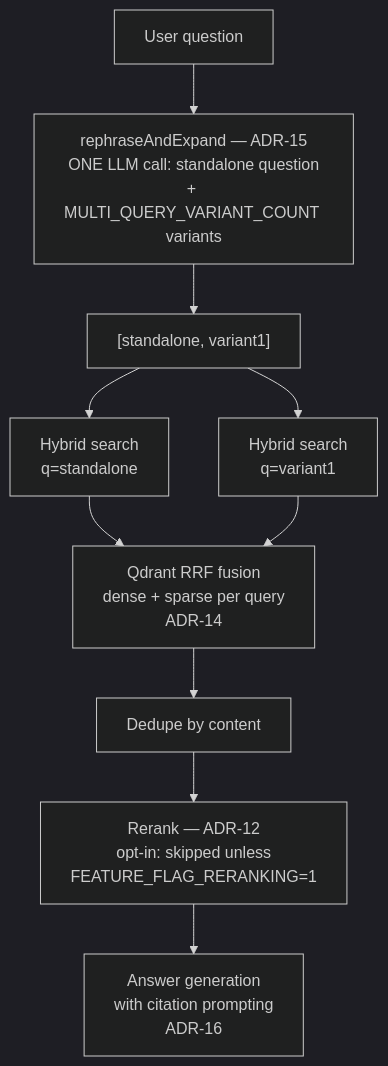
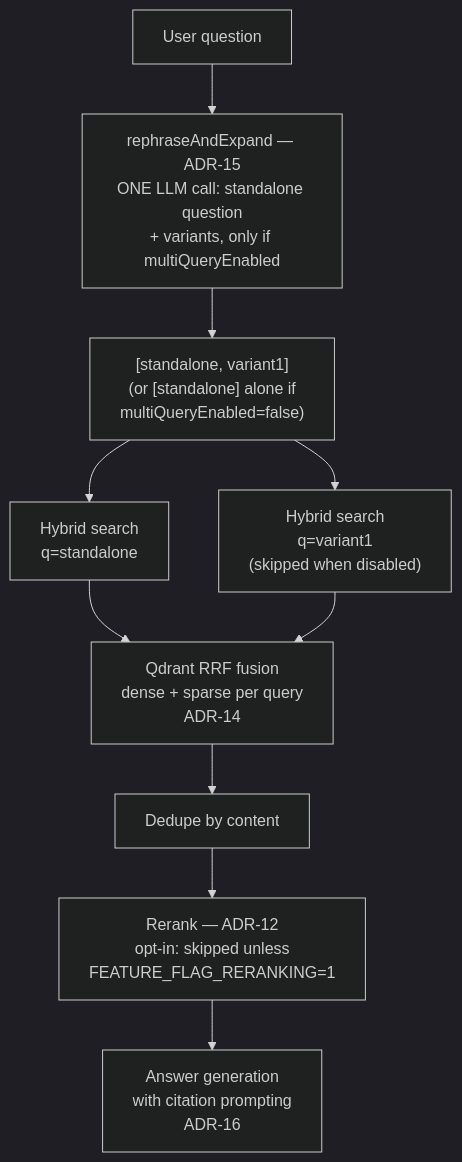
Before and after one commit to webamigos/RagenAI: the second of 3 diagrams in docs/rag-pipeline.md, drawn with Mermaid (dark theme). The commit also changed other lines of this file and 3 other files, not shown here.

````diff
--- a/docs/rag-pipeline.md
+++ b/docs/rag-pipeline.md
@@ -20,12 +20,12 @@
 ```mermaid
 flowchart TD
-    Q[User question] --> R["rephraseAndExpand — ADR-15<br/>ONE LLM call: standalone question<br/>+ MULTI_QUERY_VARIANT_COUNT variants"]
-    R --> P["[standalone, variant1]"]
+    Q[User question] --> R["rephraseAndExpand — ADR-15<br/>ONE LLM call: standalone question<br/>+ variants, only if multiQueryEnabled"]
+    R --> P["[standalone, variant1]<br/>(or [standalone] alone if<br/>multiQueryEnabled=false)"]
     P --> S1[Hybrid search<br/>q=standalone]
-    P --> S2[Hybrid search<br/>q=variant1]
+    P --> S2["Hybrid search<br/>q=variant1<br/>(skipped when disabled)"]
     S1 --> D1[Qdrant RRF fusion<br/>dense + sparse per query<br/>ADR-14]
     S2 --> D1
     D1 --> U[Dedupe by content]
     U --> RR["Rerank — ADR-12<br/>opt-in: skipped unless<br/>FEATURE_FLAG_RERANKING=1"]
     RR --> G[Answer generation<br/>with citation prompting<br/>ADR-16]
 ```
````
